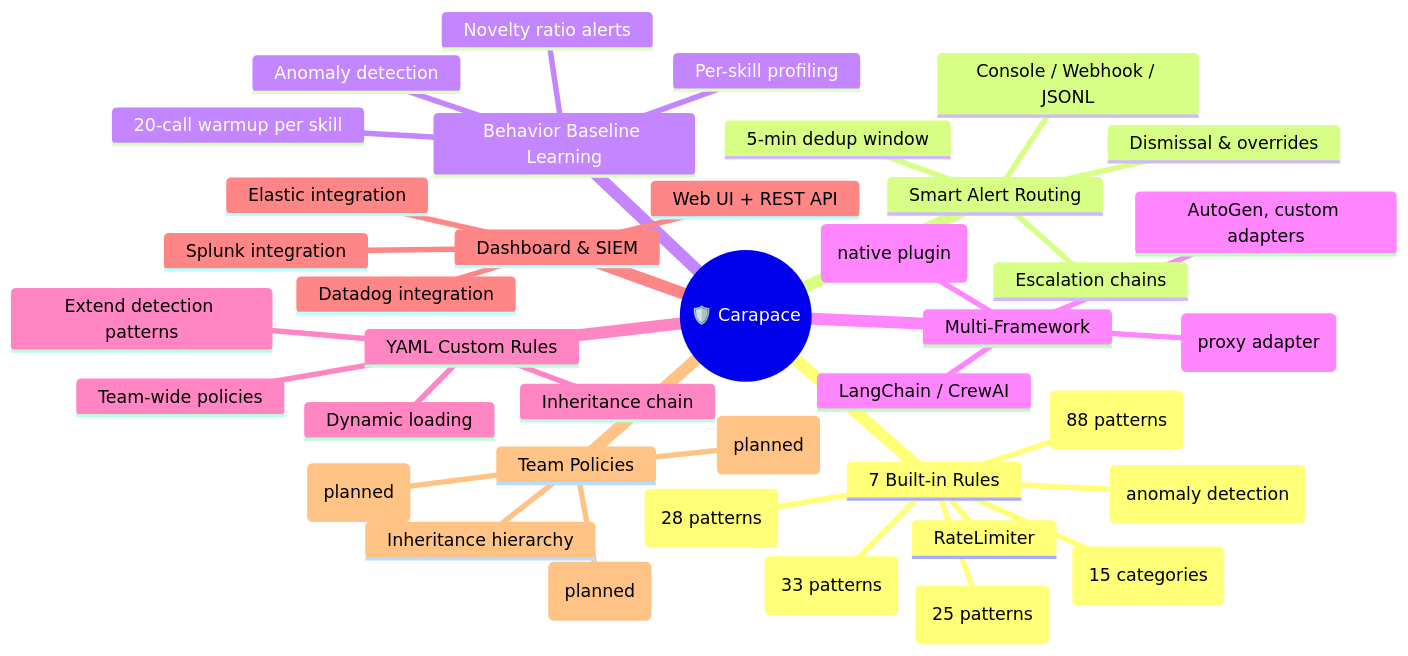
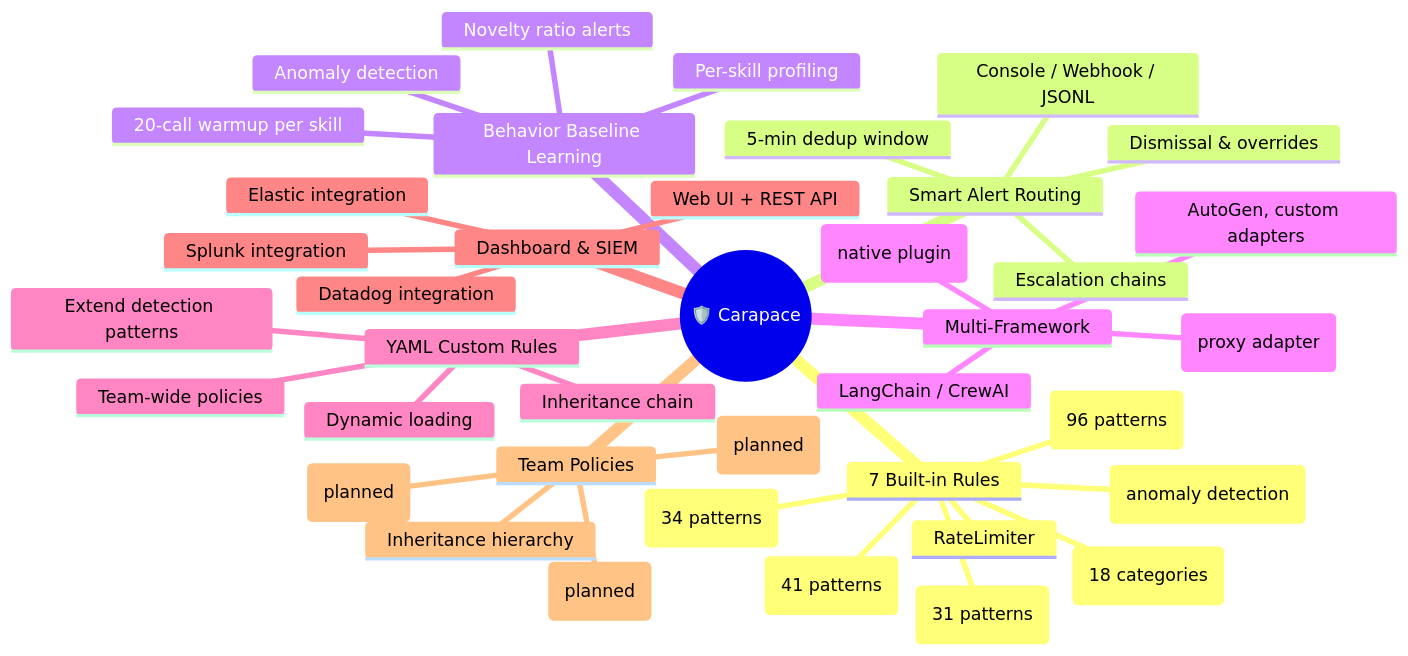
One commit to yeasy/carapace changed the first of 4 diagrams in README.md. Above: the diagram before and after it, drawn with Mermaid. The commit also changed other lines of this file and 1 other file, not shown here.

````diff
--- a/README.md
+++ b/README.md
@@ -70,42 +70,42 @@
 ```mermaid
 mindmap
   root((🛡️ Carapace))
     7 Built-in Rules
-      ExecGuard (88 patterns)
-      PathGuard (33 patterns)
-      NetworkGuard (15 categories)
+      ExecGuard (96 patterns)
+      PathGuard (41 patterns)
+      NetworkGuard (18 categories)
       RateLimiter
-      PromptInjection (25 patterns)
-      DataExfil (28 patterns)
+      PromptInjection (31 patterns)
+      DataExfil (34 patterns)
       BaselineDrift (anomaly detection)
     Smart Alert Routing
       5-min dedup window
       Escalation chains
       Dismissal & overrides
       Console / Webhook / JSONL
     Behavior Baseline Learning
       20-call warmup per skill
       Per-skill profiling
       Anomaly detection
       Novelty ratio alerts
     Multi-Framework
       OpenClaw (native plugin)
       MCP (proxy adapter)
       LangChain / CrewAI
       AutoGen, custom adapters
     YAML Custom Rules
       Extend detection patterns
       Team-wide policies
       Inheritance chain
       Dynamic loading
     Dashboard & SIEM
       Web UI + REST API
       Splunk integration
       Elastic integration
       Datadog integration
     Team Policies
       Inheritance hierarchy
       Role-based access (planned)
       Policy versioning (planned)
       Audit logging (planned)
 ```
````
